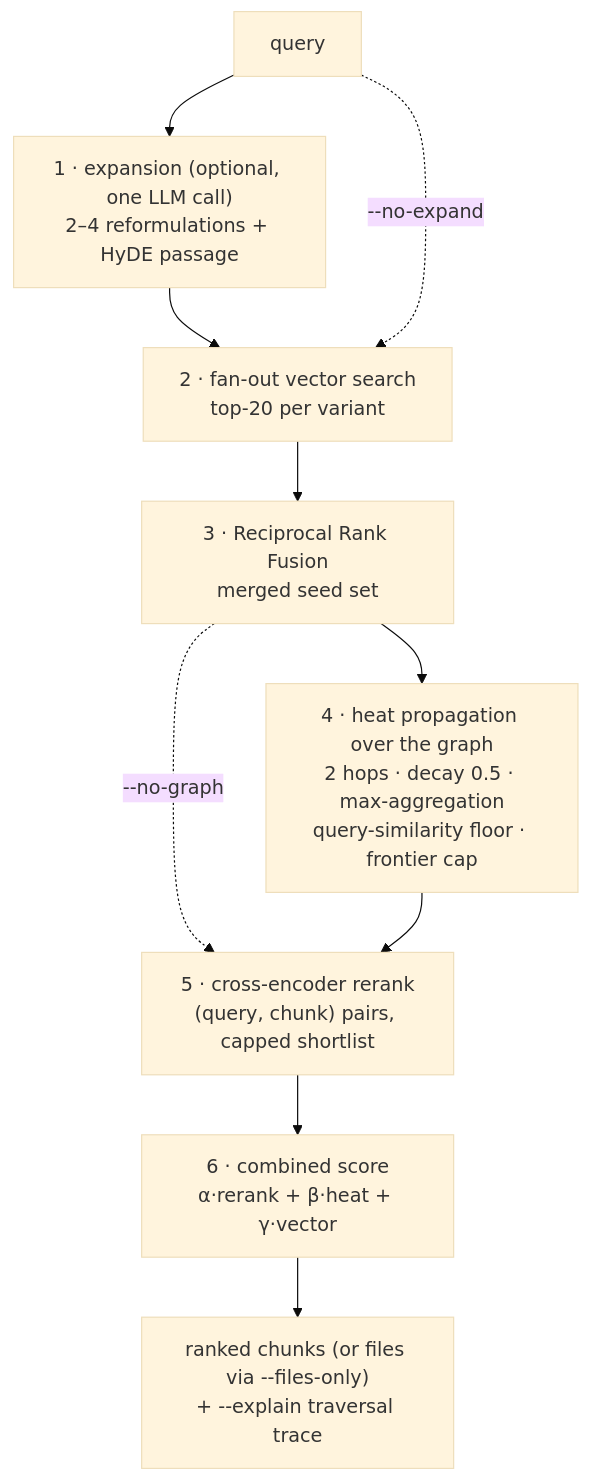
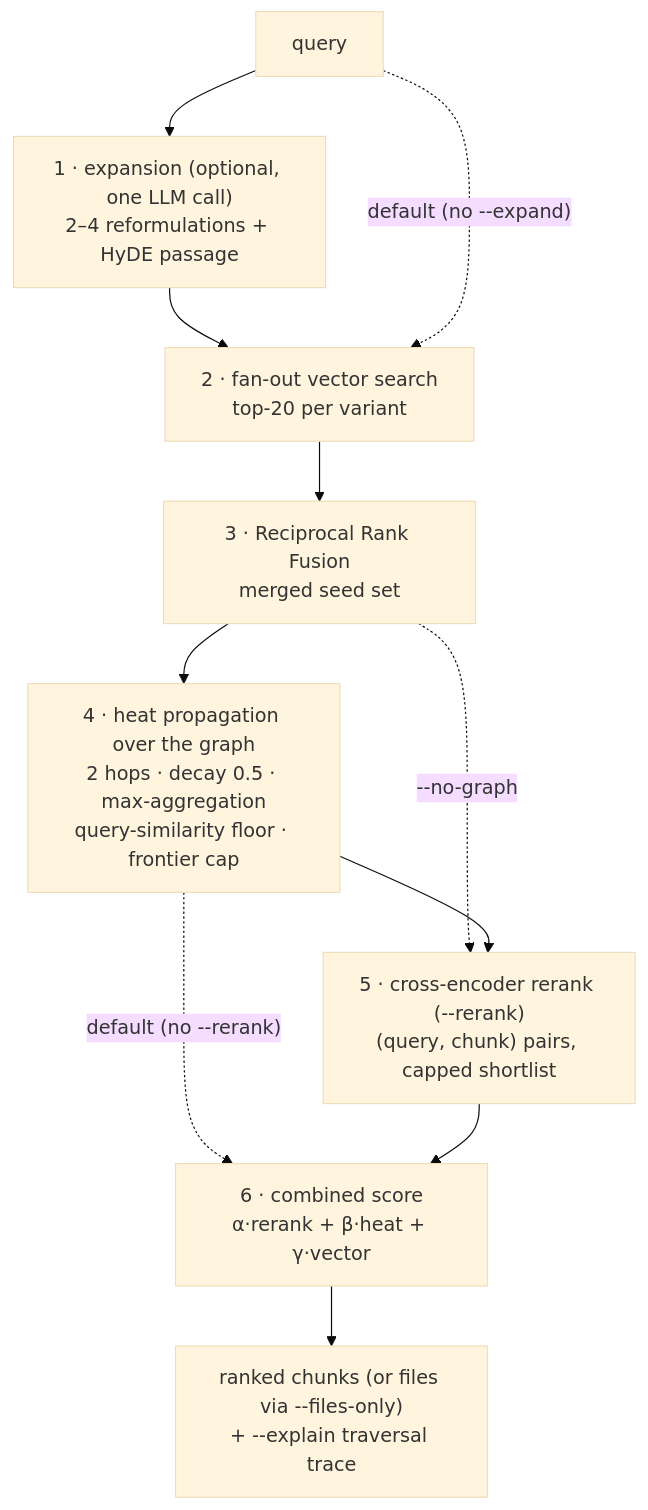
One commit to alber70g/ragx-cli changed the second of 3 diagrams in README.md. Above: the diagram before and after it, drawn with Mermaid (base theme). The commit also changed other lines of this file and 11 other files, not shown here.

First line of the commit message:
feat(query)!: vector + graph by default; expand and rerank opt-in

````diff
--- a/README.md
+++ b/README.md
@@ -108,12 +109,13 @@
 ```mermaid
 flowchart TD
     Q[query] --> X["1 · expansion (optional, one LLM call)<br/>2–4 reformulations + HyDE passage"]
     X --> S["2 · fan-out vector search<br/>top-20 per variant"]
-    Q -. "--no-expand" .-> S
+    Q -. "default (no --expand)" .-> S
     S --> R["3 · Reciprocal Rank Fusion<br/>merged seed set"]
     R --> H["4 · heat propagation over the graph<br/>2 hops · decay 0.5 · max-aggregation<br/>query-similarity floor · frontier cap"]
     R -. "--no-graph" .-> K
-    H --> K["5 · cross-encoder rerank<br/>(query, chunk) pairs, capped shortlist"]
+    H --> K["5 · cross-encoder rerank (--rerank)<br/>(query, chunk) pairs, capped shortlist"]
+    H -. "default (no --rerank)" .-> F
     K --> F["6 · combined score<br/>α·rerank + β·heat + γ·vector"]
     F --> O["ranked chunks (or files via --files-only)<br/>+ --explain traversal trace"]
 ```
````
